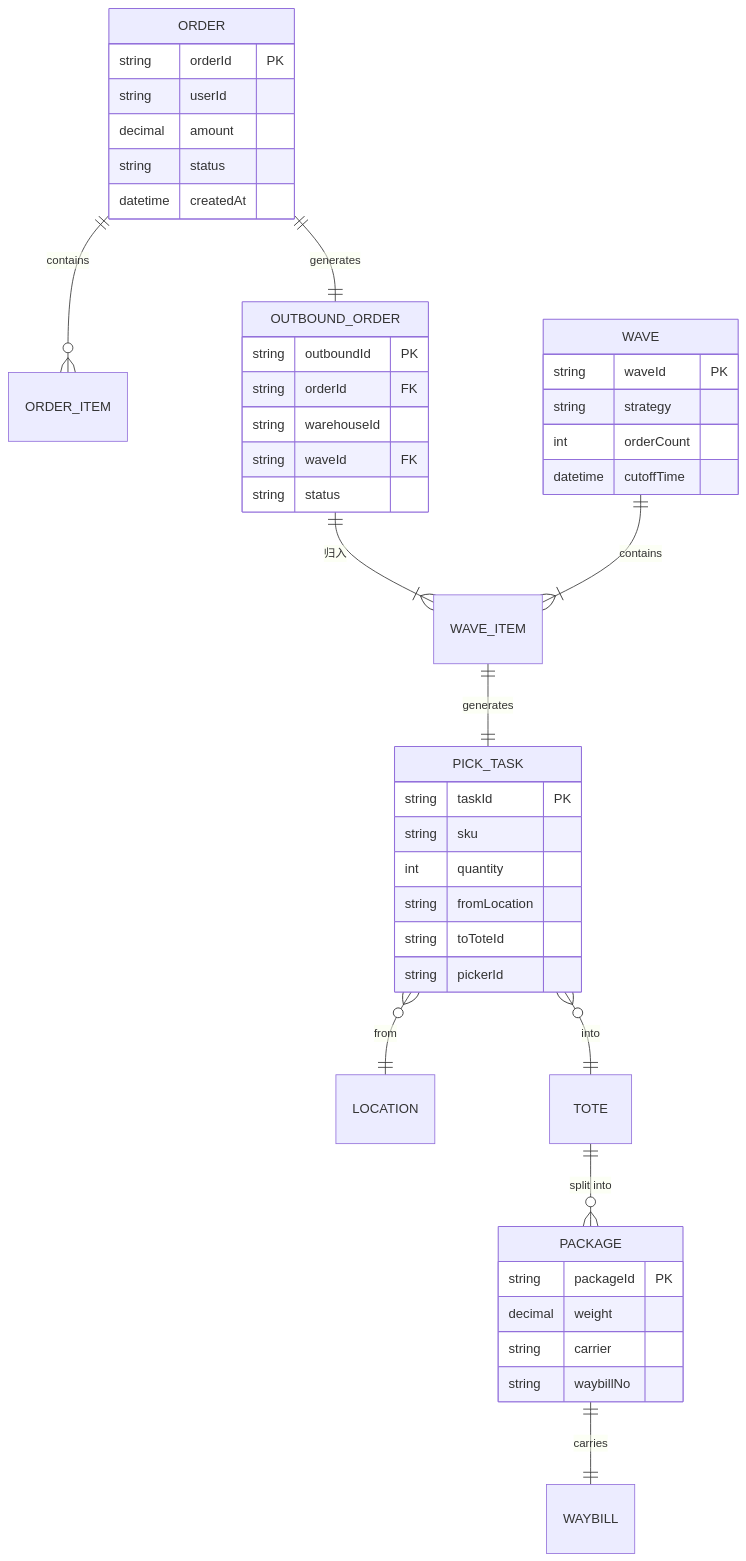
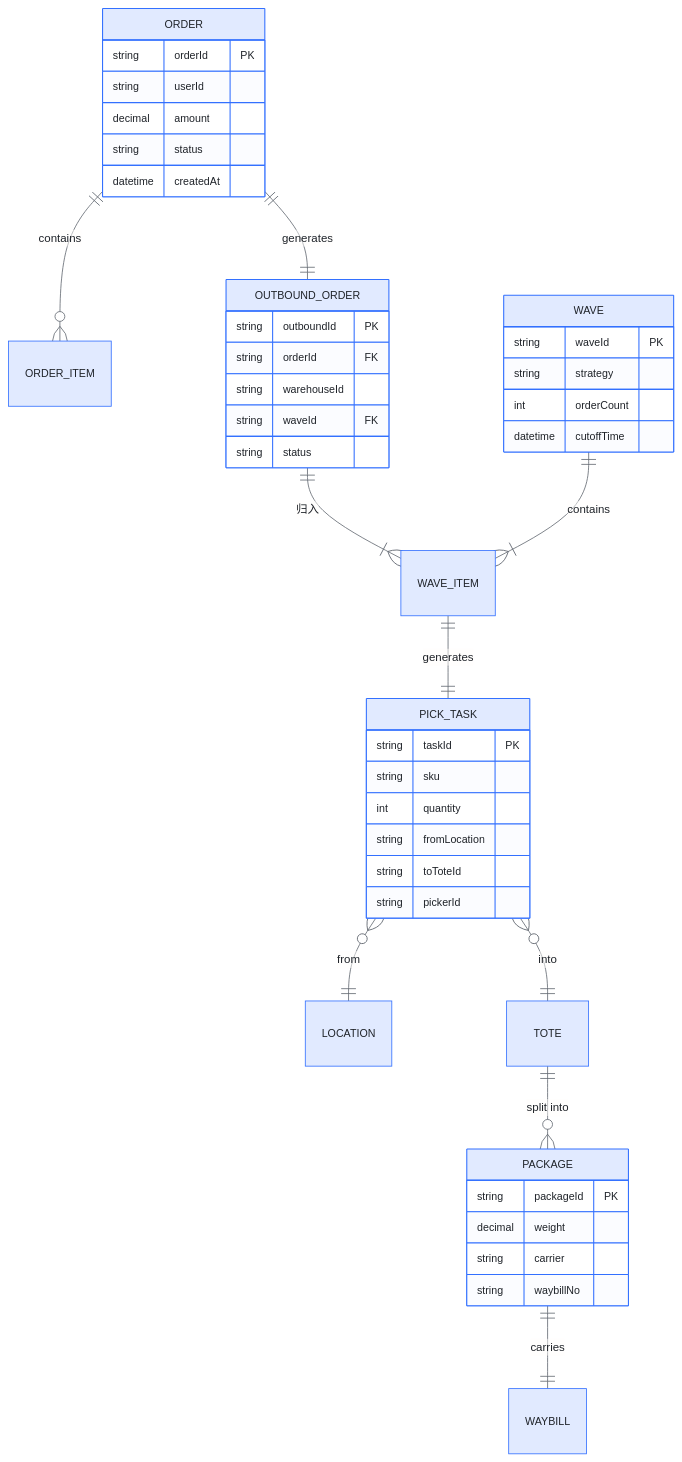
One commit to generous-jiang/jiangzw changed the ninth of 9 diagrams in docs/warehouse-automation-outbound.md. Above: the diagram before and after it, drawn with Mermaid. The commit also changed other lines of this file and 9 other files, not shown here.

First line of the commit message:
docs(style): 应用飞书风主题到所有 Mermaid 图（浅蓝主色 + 圆角 + PingFang）

````diff
--- a/docs/warehouse-automation-outbound.md
+++ b/docs/warehouse-automation-outbound.md
@@ -440,47 +643,59 @@
 ```mermaid
+---
+config:
+  theme: base
+  themeVariables:
+    fontFamily: '-apple-system, BlinkMacSystemFont, "Helvetica Neue", "PingFang SC", "Microsoft YaHei", sans-serif'
+    fontSize: 13px
+    primaryColor: '#E1EAFF'
+    primaryTextColor: '#1F2329'
+    primaryBorderColor: '#3370FF'
+    lineColor: '#646A73'
+    background: '#FFFFFF'
+---
 erDiagram
     ORDER ||--o{ ORDER_ITEM : contains
     ORDER ||--|| OUTBOUND_ORDER : generates
     OUTBOUND_ORDER ||--|{ WAVE_ITEM : "归入"
     WAVE ||--|{ WAVE_ITEM : contains
     WAVE_ITEM ||--|| PICK_TASK : generates
     PICK_TASK }o--|| LOCATION : "from"
     PICK_TASK }o--|| TOTE : "into"
     TOTE ||--o{ PACKAGE : "split into"
     PACKAGE ||--|| WAYBILL : "carries"
 
     ORDER {
         string orderId PK
         string userId
         decimal amount
         string status
         datetime createdAt
     }
     OUTBOUND_ORDER {
         string outboundId PK
         string orderId FK
         string warehouseId
         string waveId FK
         string status
     }
     WAVE {
         string waveId PK
         string strategy
         int orderCount
         datetime cutoffTime
     }
     PICK_TASK {
         string taskId PK
         string sku
         int quantity
         string fromLocation
         string toToteId
         string pickerId
     }
     PACKAGE {
         string packageId PK
         decimal weight
         string carrier
         string waybillNo
     }
 ```
````
